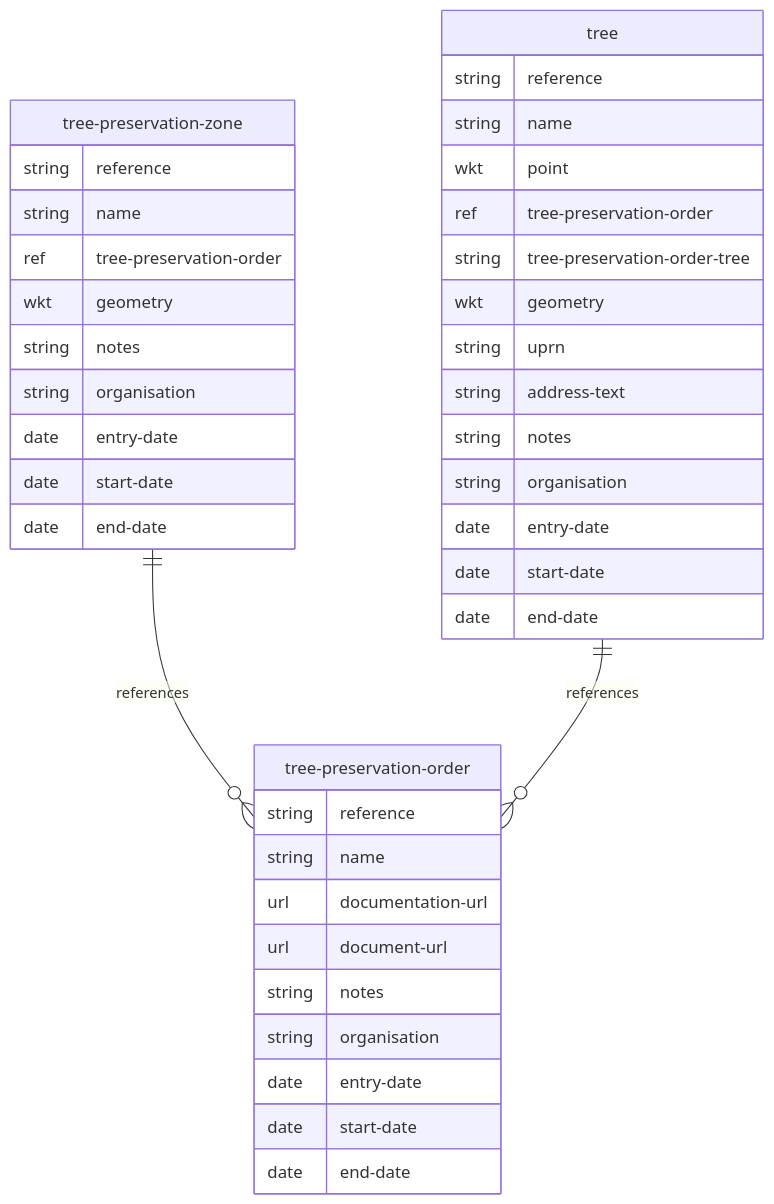
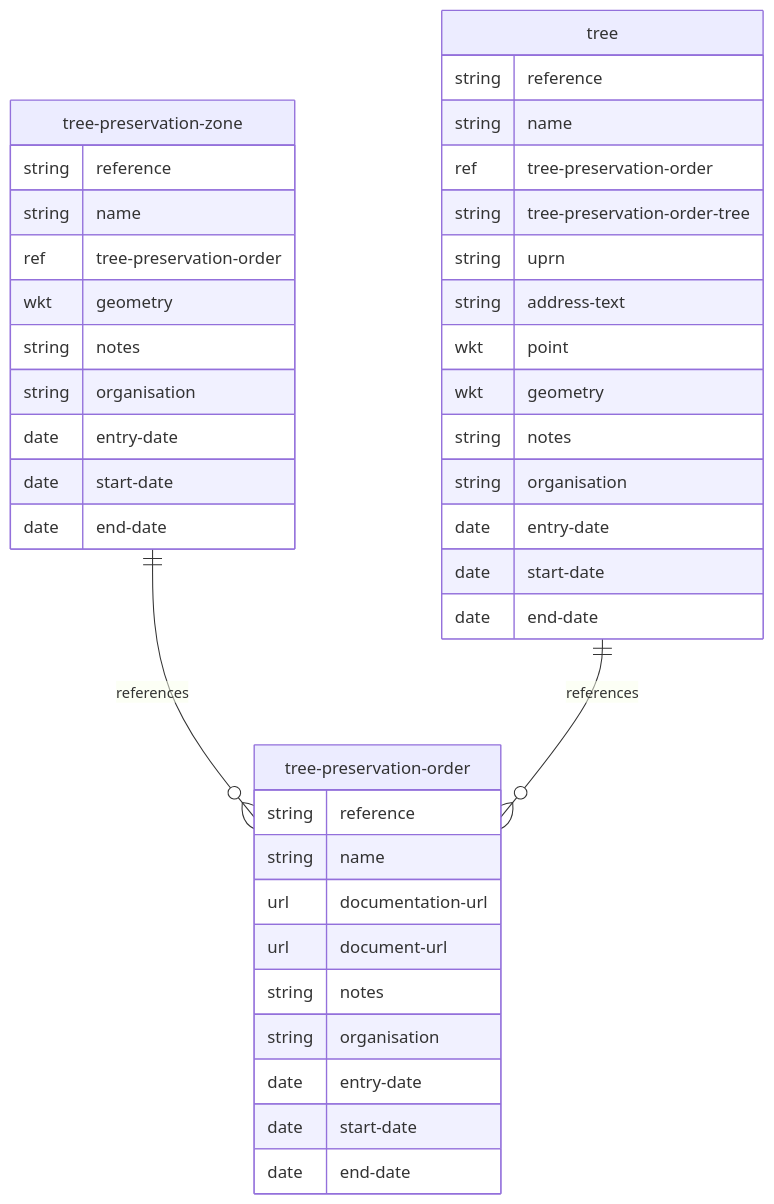
Before and after one commit to digital-land/specification: the diagram in mermaid/tree-preservation-order.md, drawn with Mermaid. The commit also changed other lines of this file and 21 other files, not shown here.

````diff
--- a/mermaid/tree-preservation-order.md
+++ b/mermaid/tree-preservation-order.md
@@ -4,42 +4,42 @@
 ```mermaid
 erDiagram
     tree-preservation-order {
         string reference
         string name
         url documentation-url
         url document-url
         string notes
         string organisation
         date entry-date
         date start-date
         date end-date
     }
     tree-preservation-zone {
         string reference
         string name
         ref tree-preservation-order
         wkt geometry
         string notes
         string organisation
         date entry-date
         date start-date
         date end-date
     }
     tree {
         string reference
         string name
-        wkt point
         ref tree-preservation-order
         string tree-preservation-order-tree
-        wkt geometry
         string uprn
         string address-text
+        wkt point
+        wkt geometry
         string notes
         string organisation
         date entry-date
         date start-date
         date end-date
     }
     tree-preservation-zone ||--o{ tree-preservation-order : references
     tree ||--o{ tree-preservation-order : references
 ```
````
